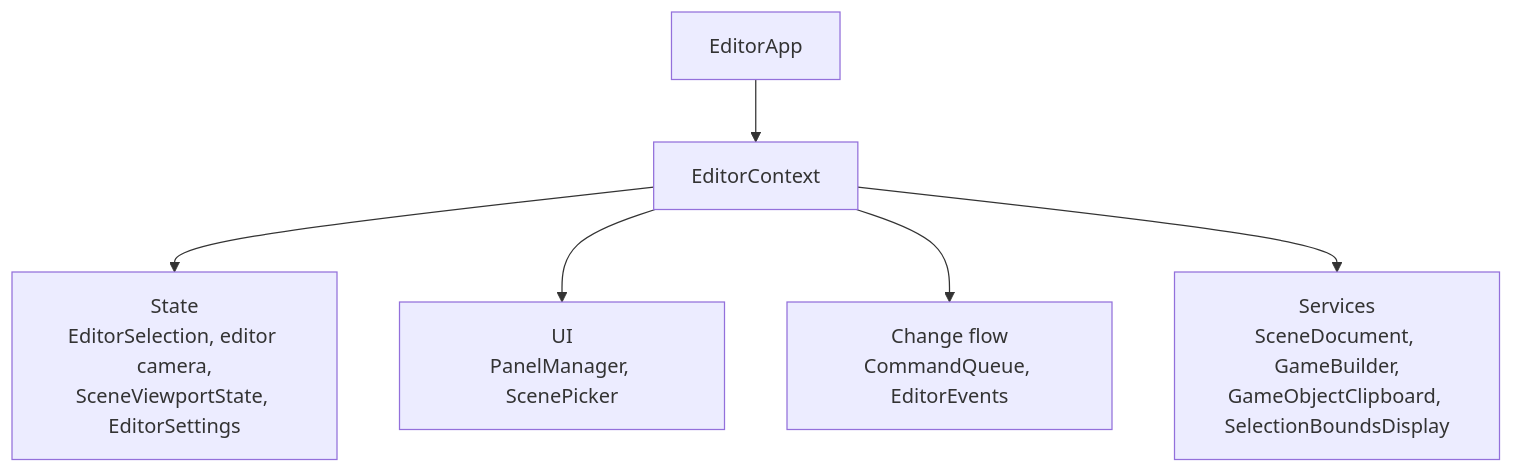
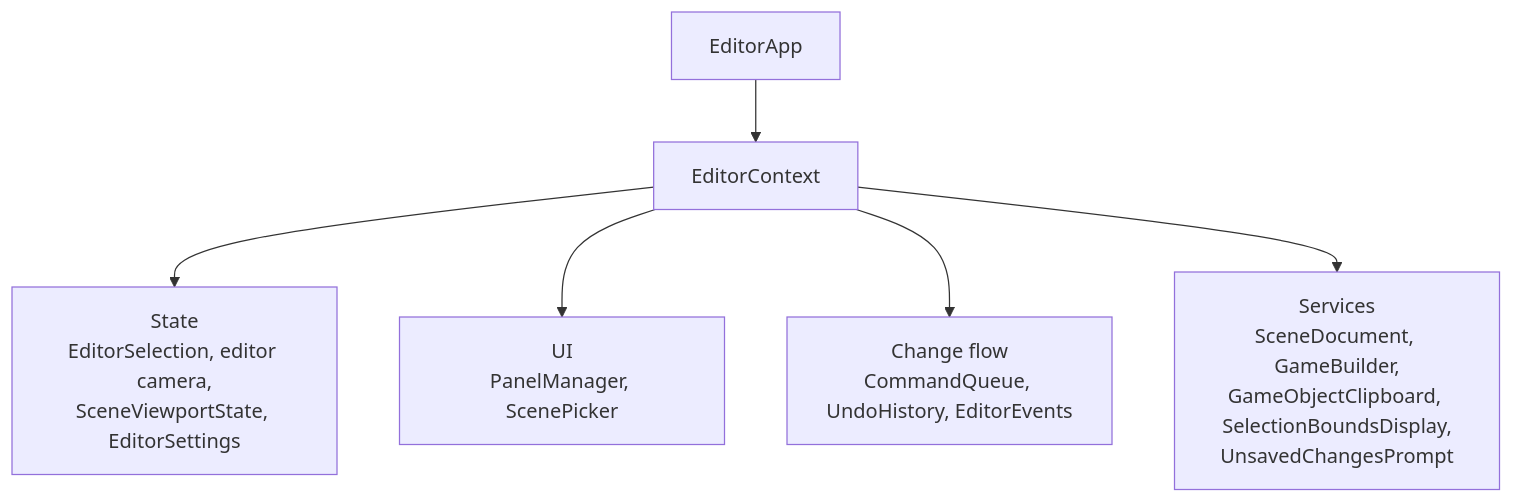
One commit to b1nary0/RZE changed the first of 3 diagrams in Docs/Generated/Engine/07-Editor/Editor-Framework.md. Above: the diagram before and after it, drawn with Mermaid. The commit also changed other lines of this file and 19 other files, not shown here.

````diff
--- a/Docs/Generated/Engine/07-Editor/Editor-Framework.md
+++ b/Docs/Generated/Engine/07-Editor/Editor-Framework.md
@@ -18,9 +18,9 @@
 ```mermaid
 %%{init: {'flowchart': {'subGraphTitleMargin': {'top': 6, 'bottom': 10}}, 'themeCSS': '.labelBkg, .edgeLabel { background-color: var(--background-primary) !important; } .messageText, .labelText, .loopText { paint-order: stroke; stroke: var(--background-primary); stroke-width: 5px; stroke-linejoin: round; }'}}%%
 flowchart TD
     App["EditorApp"] --> Ctx["EditorContext"]
     Ctx --> State["State<br/>EditorSelection, editor camera,<br/>SceneViewportState, EditorSettings"]
     Ctx --> UI["UI<br/>PanelManager, ScenePicker"]
-    Ctx --> Flow["Change flow<br/>CommandQueue, EditorEvents"]
-    Ctx --> Svc["Services<br/>SceneDocument, GameBuilder,<br/>GameObjectClipboard, SelectionBoundsDisplay"]
+    Ctx --> Flow["Change flow<br/>CommandQueue, UndoHistory, EditorEvents"]
+    Ctx --> Svc["Services<br/>SceneDocument, GameBuilder,<br/>GameObjectClipboard, SelectionBoundsDisplay,<br/>UnsavedChangesPrompt"]
 ```
````
